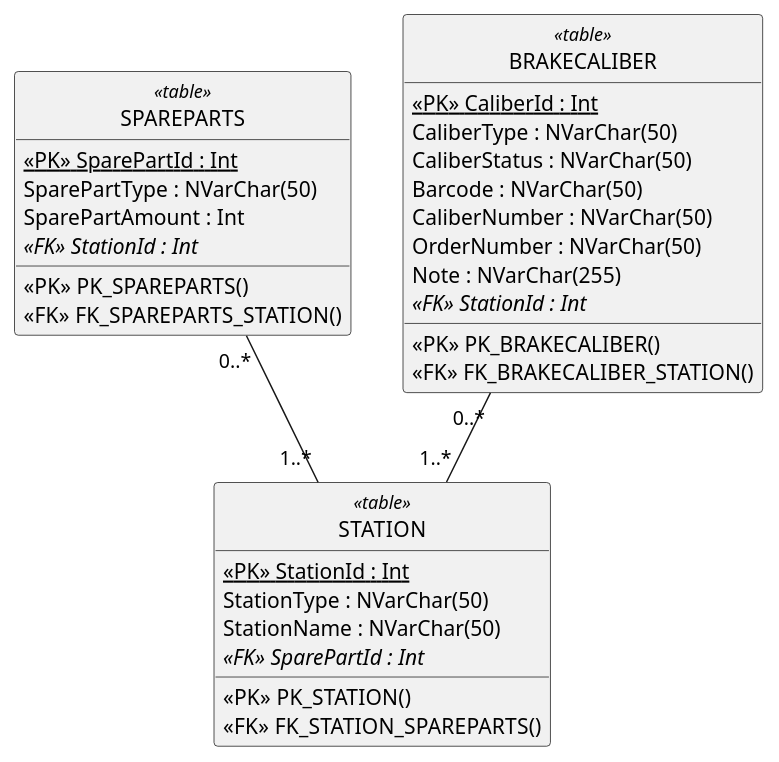
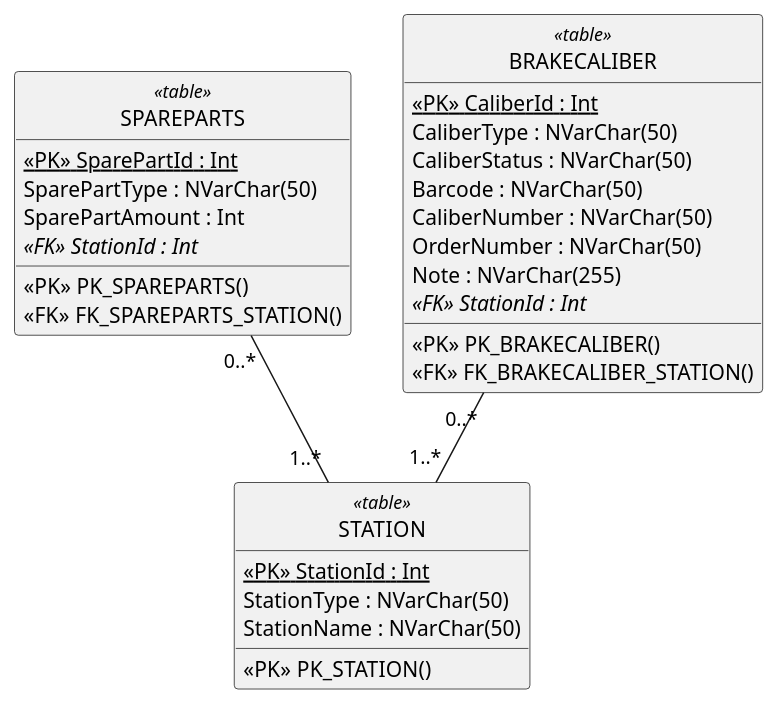
One commit to senan2315/Team-5A-Budweg changed the diagram in Informationsartefakter/16-ERD-UMLDatabaseModel.plantuml. Above: the diagram before and after it, drawn with PlantUML. The commit also changed 18 other files, not shown here.

```diff
--- a/Informationsartefakter/16-ERD-UMLDatabaseModel.plantuml
+++ b/Informationsartefakter/16-ERD-UMLDatabaseModel.plantuml
@@ -1,44 +1,42 @@
 @startuml - UML DatabaseModel for Budweg
 hide circle
 
 /'Relationer
 SPAREPARTS(<ins>SparePartId</ins> SparePartType, SparePartAmount)
 STATION(<ins>StationId</ins>, StationType, StationsName, *SparePartId*)
 BRAKECALIBER(<ins>CaliberId</ins>, CaliberType, CaliberStatus, Barcode, CaliberNumber, OrderNumber, Note, *StationId*)
 '/
 class "SPAREPARTS" <<table>>{
     {static} <<PK>> SparePartId : Int
     {field} SparePartType : NVarChar(50)
     {field} SparePartAmount : Int
     //<<FK>> StationId : Int//
     {method} <<PK>> PK_SPAREPARTS()
     {method} <<FK>> FK_SPAREPARTS_STATION()
 }
 
 class "STATION" <<table>>{
     {static} <<PK>> StationId : Int
     {field} StationType : NVarChar(50)
     {field} StationName : NVarChar(50)
-    //<<FK>> SparePartId : Int//
     {method} <<PK>> PK_STATION()
-    {method} <<FK>> FK_STATION_SPAREPARTS()
 }
 
 class "BRAKECALIBER" <<table>>{
     {static} <<PK>> CaliberId : Int
     {field} CaliberType : NVarChar(50)
     {field} CaliberStatus : NVarChar(50)
     {field} Barcode : NVarChar(50)
     {field} CaliberNumber : NVarChar(50)
     {field} OrderNumber : NVarChar(50)
     {field} Note : NVarChar(255)
     //<<FK>> StationId : Int//
     {method} <<PK>> PK_BRAKECALIBER()
     {method} <<FK>> FK_BRAKECALIBER_STATION()
 }
 'relationer'
 SPAREPARTS "0..*" -- "1..*" STATION
 BRAKECALIBER "0..*" -- "1..*" STATION
 
 
 @enduml
```
